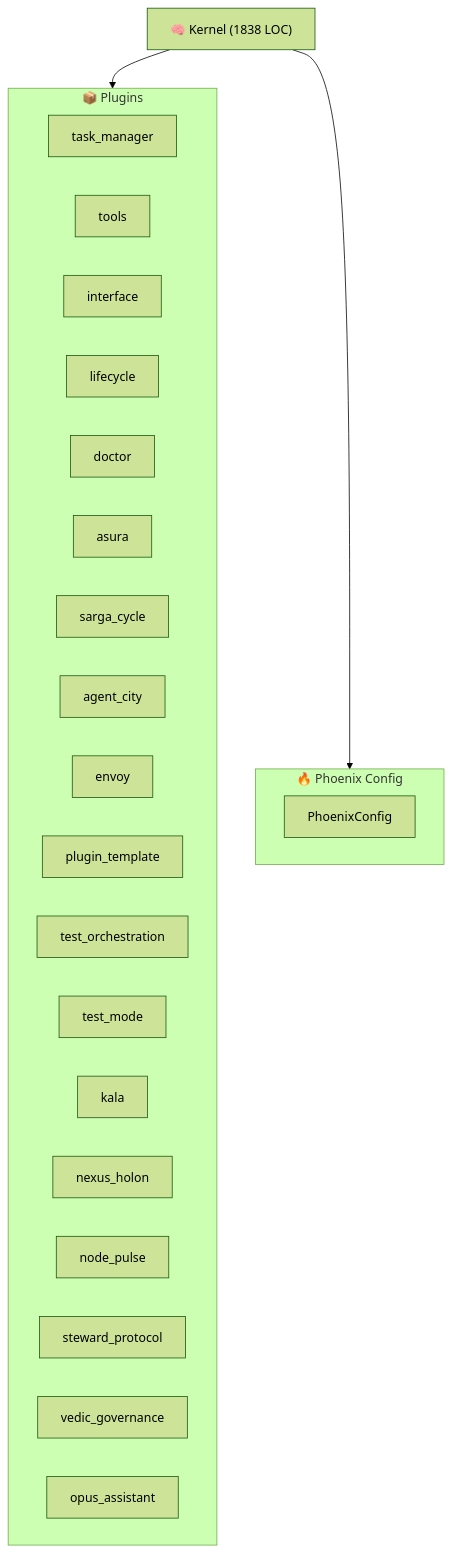
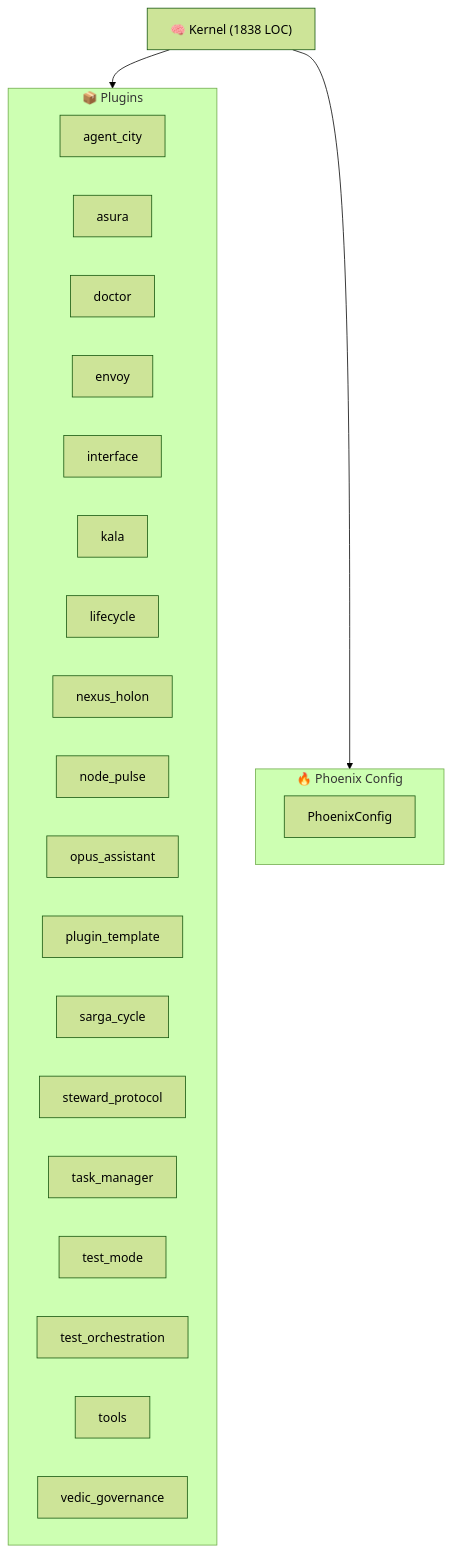
The diagram in ARCHITECTURE.md (kimeisele/steward-protocol), drawn with Mermaid (forest theme) before and after one commit. The commit also changed other lines of this file and 5 other files, not shown here.

````diff
--- a/ARCHITECTURE.md
+++ b/ARCHITECTURE.md
@@ -8,29 +8,29 @@
 ```mermaid
 graph TB
     K["🧠 Kernel (1838 LOC)"]
     subgraph Plugins["📦 Plugins"]
-        P_task_manager["task_manager"]
-        P_tools["tools"]
+        P_agent_city["agent_city"]
+        P_asura["asura"]
+        P_doctor["doctor"]
+        P_envoy["envoy"]
         P_interface["interface"]
+        P_kala["kala"]
         P_lifecycle["lifecycle"]
-        P_doctor["doctor"]
-        P_asura["asura"]
-        P_sarga_cycle["sarga_cycle"]
-        P_agent_city["agent_city"]
-        P_envoy["envoy"]
-        P_plugin_template["plugin_template"]
-        P_test_orchestration["test_orchestration"]
-        P_test_mode["test_mode"]
-        P_kala["kala"]
         P_nexus_holon["nexus_holon"]
         P_node_pulse["node_pulse"]
+        P_opus_assistant["opus_assistant"]
+        P_plugin_template["plugin_template"]
+        P_sarga_cycle["sarga_cycle"]
         P_steward_protocol["steward_protocol"]
+        P_task_manager["task_manager"]
+        P_test_mode["test_mode"]
+        P_test_orchestration["test_orchestration"]
+        P_tools["tools"]
         P_vedic_governance["vedic_governance"]
-        P_opus_assistant["opus_assistant"]
     end
     K --> Plugins
     subgraph Config["🔥 Phoenix Config"]
         PC[PhoenixConfig]
     end
     K --> Config
 ```
````
